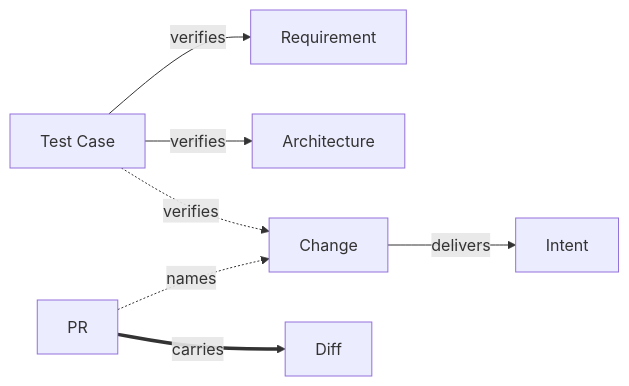
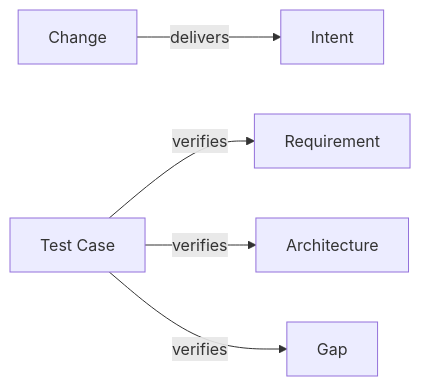
Before and after one commit to Kai-Hacks-AI/KAAL: the diagram in engineering/metamodel/views/do.md, drawn with Mermaid. The commit also changed other lines of this file and 13 other files, not shown here.

````diff
--- a/engineering/metamodel/views/do.md
+++ b/engineering/metamodel/views/do.md
@@ -12,9 +14,7 @@
 ```mermaid
 flowchart LR
   Change -->|delivers| Intent
   TestCase["Test Case"] -->|verifies| Requirement
   TestCase -->|verifies| Architecture
-  TestCase -.->|verifies| Change
-  PR -.->|names| Change
-  PR ==>|carries| Diff
+  TestCase -->|verifies| Gap
 ```
````
